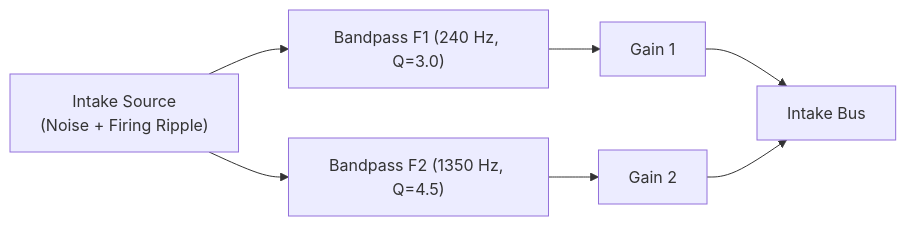
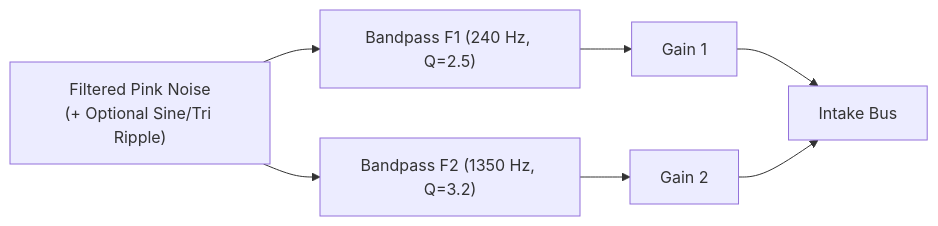
One commit to marktsui01-art/Parking- changed the second of 3 diagrams in docs/chapter_01_tier1_formants_and_drivetrain.md. Above: the diagram before and after it, drawn with Mermaid. The commit also changed other lines of this file and 35 other files, not shown here.

````diff
--- a/docs/chapter_01_tier1_formants_and_drivetrain.md
+++ b/docs/chapter_01_tier1_formants_and_drivetrain.md
@@ -213,5 +287,5 @@
 ```mermaid
 flowchart LR
-    Src["Intake Source<br/>(Noise + Firing Ripple)"] --> BP1["Bandpass F1 (240 Hz, Q=3.0)"] --> G1["Gain 1"] --> Sum["Intake Bus"]
-    Src --> BP2["Bandpass F2 (1350 Hz, Q=4.5)"] --> G2["Gain 2"] --> Sum
+    Src["Filtered Pink Noise<br/>(+ Optional Sine/Tri Ripple)"] --> BP1["Bandpass F1 (240 Hz, Q=2.5)"] --> G1["Gain 1"] --> Sum["Intake Bus"]
+    Src --> BP2["Bandpass F2 (1350 Hz, Q=3.2)"] --> G2["Gain 2"] --> Sum
 ```
````
